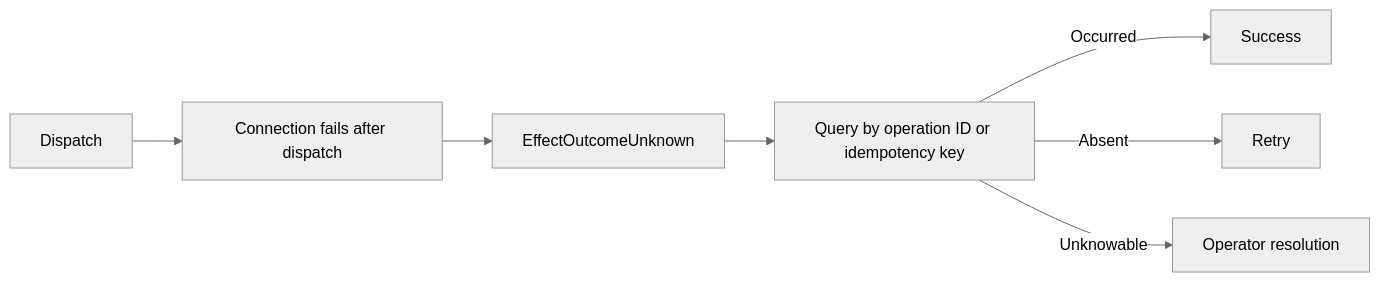
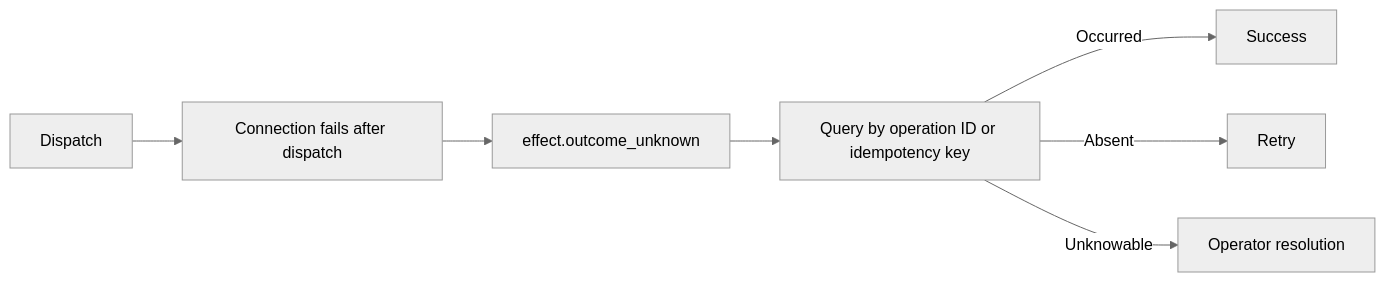
The third of 3 diagrams in handbook/runtime.mdx (thaithienvanid/agentic-reference-architecture), drawn with Mermaid (neutral theme) before and after one commit. The commit also changed other lines of this file and 20 other files, not shown here.

Commit message:
normalize architecture contracts and execution ontology

````diff
--- a/handbook/runtime.mdx
+++ b/handbook/runtime.mdx
@@ -119,9 +166,9 @@
 ```mermaid
 flowchart LR
     Dispatch --> Timeout["Connection fails after dispatch"]
-    Timeout --> Unknown["EffectOutcomeUnknown"]
+    Timeout --> Unknown["effect.outcome_unknown"]
     Unknown --> Reconcile["Query by operation ID or idempotency key"]
     Reconcile -->|Occurred| Success
     Reconcile -->|Absent| Retry
     Reconcile -->|Unknowable| Human["Operator resolution"]
 ```
````
